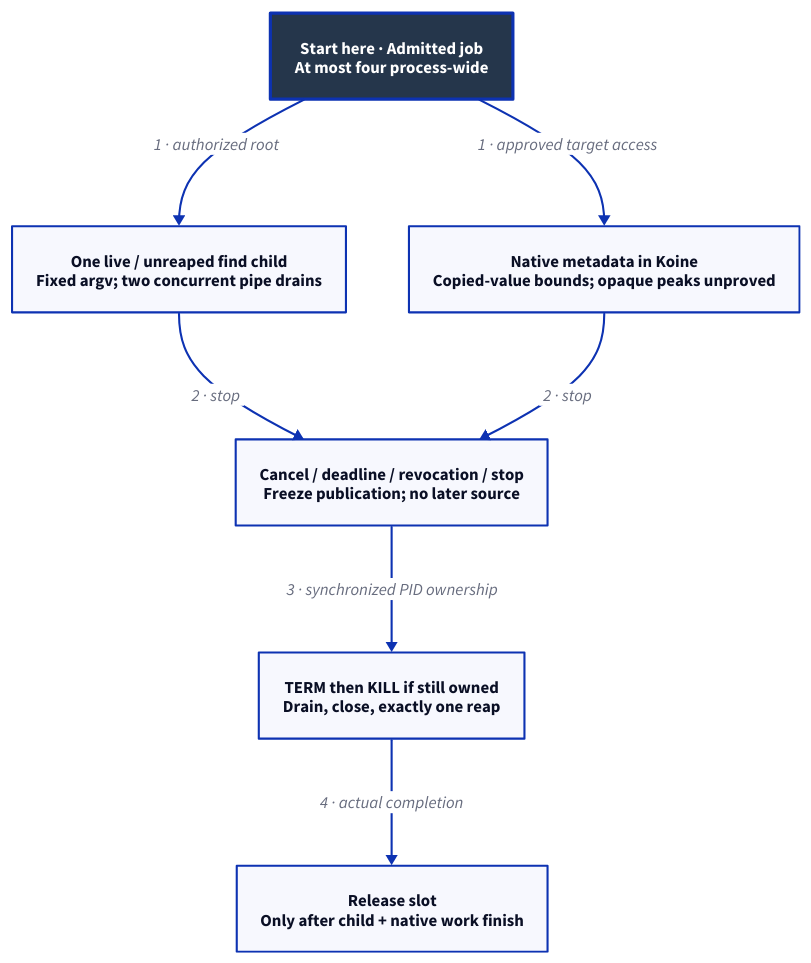
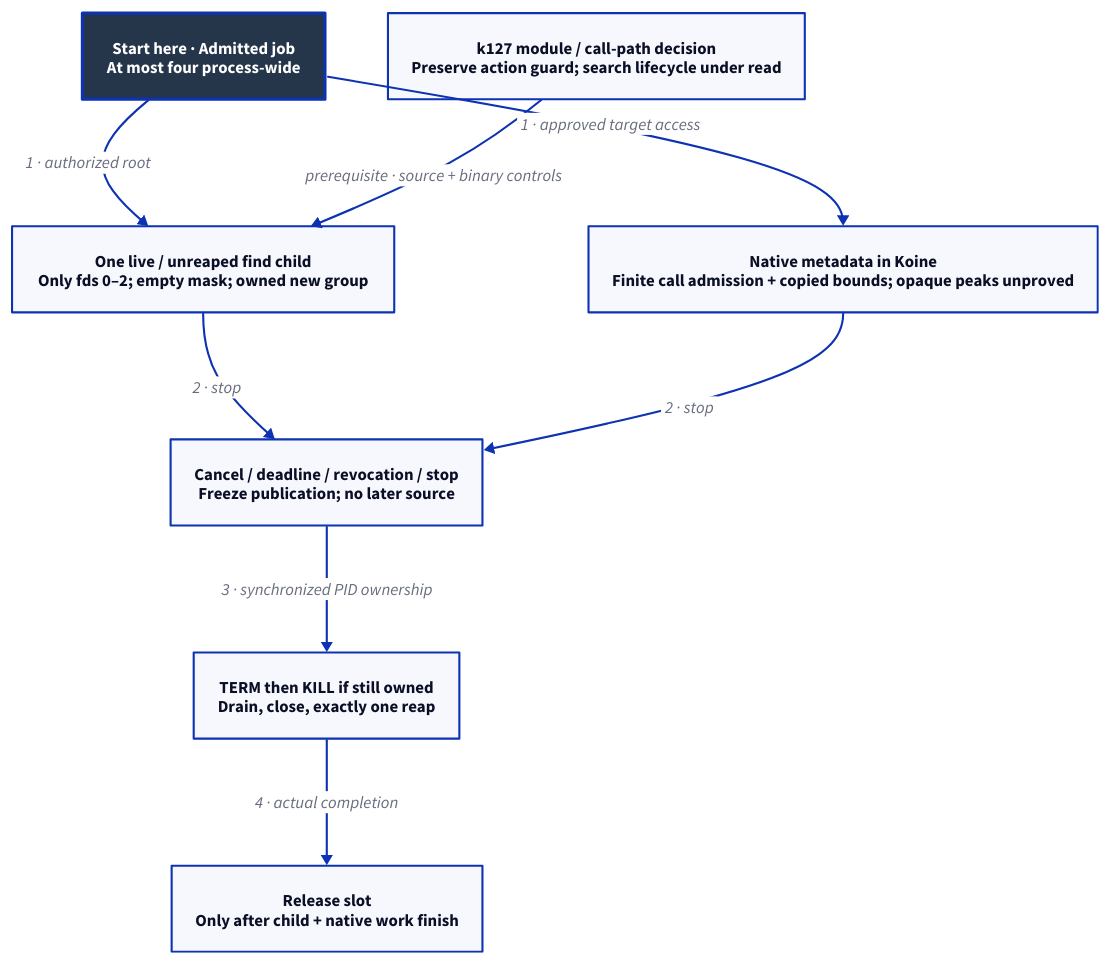
Before and after one commit to Linkuistics/Koine: the diagram in docs/design/architecture/search-resources.d2, drawn with D2. The commit also changed 39 other files, not shown here.

```diff
--- a/docs/design/architecture/search-resources.d2
+++ b/docs/design/architecture/search-resources.d2
@@ -1,17 +1,19 @@
 # Selected mechanism, subject to human choices/review/native acceptance.
 direction: down
 classes: {
   start: {style: {fill: "#25364B"; font-color: "#FFFFFF"; bold: true; stroke-width: 3}}
 }
 Start: "Start here · Admitted job\nAt most four process-wide" {class: start}
-Child: "One live / unreaped find child\nFixed argv; two concurrent pipe drains"
-Native: "Native metadata in Koine\nCopied-value bounds; opaque peaks unproved"
+Child: "One live / unreaped find child\nOnly fds 0–2; empty mask; owned new group"
+Native: "Native metadata in Koine\nFinite call admission + copied bounds; opaque peaks unproved"
+Boundary: "k127 module / call-path decision\nPreserve action guard; search lifecycle under read"
 Freeze: "Cancel / deadline / revocation / stop\nFreeze publication; no later source"
 Cleanup: "TERM then KILL if still owned\nDrain, close, exactly one reap"
 Release: "Release slot\nOnly after child + native work finish"
 Start -> Child: "1 · authorized root"
 Start -> Native: "1 · approved target access"
+Boundary -> Child: "prerequisite · source + binary controls"
 Child -> Freeze: "2 · stop"
 Native -> Freeze: "2 · stop"
 Freeze -> Cleanup: "3 · synchronized PID ownership"
 Cleanup -> Release: "4 · actual completion"
```
